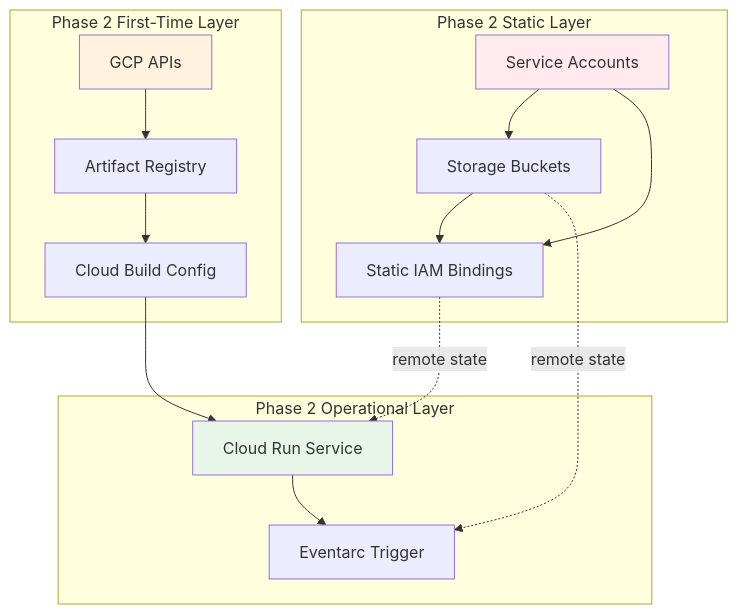
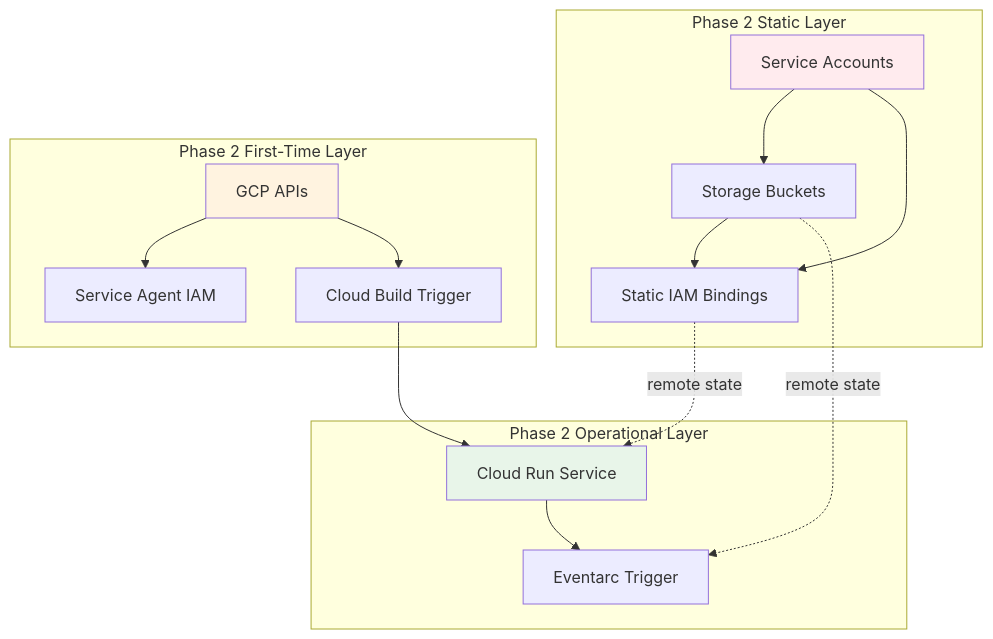
The second of 3 diagrams in docs/TERRAFORM_DEPLOYMENT_GUIDE.md (prateekpanjla-outlook/gcp_data_proc), drawn with Mermaid before and after one commit. The commit also changed other lines of this file and 26 other files, not shown here.

````diff
--- a/docs/TERRAFORM_DEPLOYMENT_GUIDE.md
+++ b/docs/TERRAFORM_DEPLOYMENT_GUIDE.md
@@ -130,36 +138,36 @@
 ```mermaid
 graph TB
     subgraph "Phase 2 Static Layer"
         SA[Service Accounts]
         BUCKETS[Storage Buckets]
         IAM_STATIC[Static IAM Bindings]
     end
 
     subgraph "Phase 2 First-Time Layer"
         APIS[GCP APIs]
-        REPO[Artifact Registry]
-        BUILD[Cloud Build Config]
+        BUILD[Cloud Build Trigger]
+        AGENTS[Service Agent IAM]
     end
 
     subgraph "Phase 2 Operational Layer"
         SERVICE[Cloud Run Service]
         EVENTARC[Eventarc Trigger]
     end
 
     SA --> BUCKETS
     SA --> IAM_STATIC
     BUCKETS --> IAM_STATIC
 
-    APIS --> REPO
-    REPO --> BUILD
+    APIS --> AGENTS
+    APIS --> BUILD
     BUILD --> SERVICE
 
     IAM_STATIC -.->|remote state| SERVICE
     BUCKETS -.->|remote state| EVENTARC
 
     SERVICE --> EVENTARC
 
     style SA fill:#ffebee
     style APIS fill:#fff3e0
     style SERVICE fill:#e8f5e9
 ```
````
